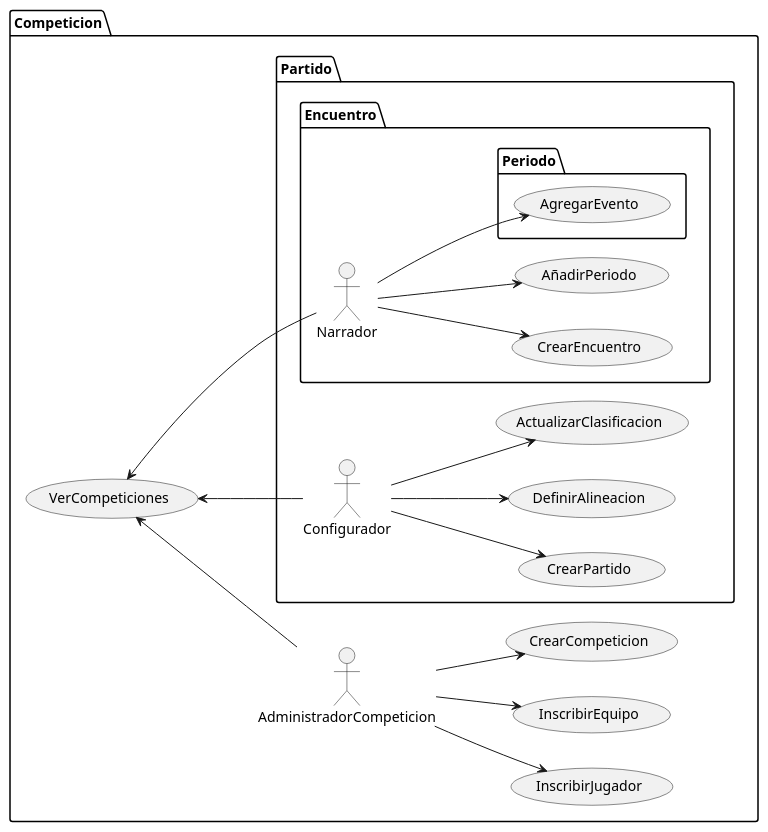
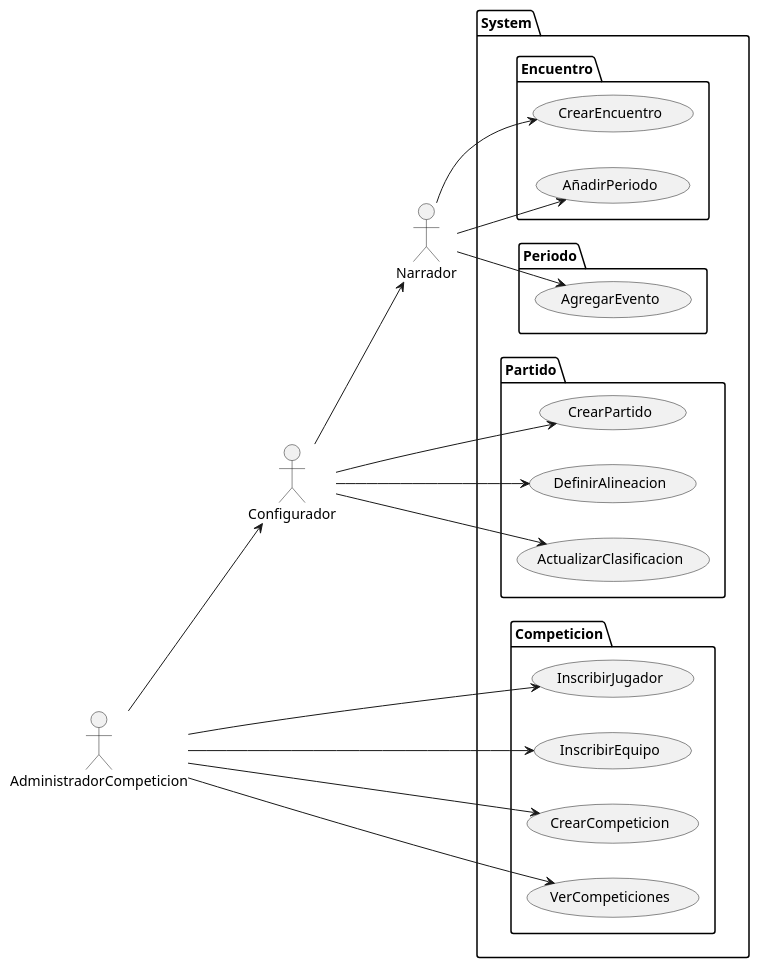
Before and after one commit to mmasias/IdSw1-22-23: the diagram in actividades/002-appFutbol/RuizJavier/CódigosUML/CasosDeUso.puml, drawn with PlantUML.

```diff
--- a/actividades/002-appFutbol/RuizJavier/CódigosUML/CasosDeUso.puml
+++ b/actividades/002-appFutbol/RuizJavier/CódigosUML/CasosDeUso.puml
@@ -1,57 +1,58 @@
 @startuml
-left to right direction
+
+left to right direction 
+
+actor Narrador
+actor Configurador
+actor AdministradorCompeticion 
+
+AdministradorCompeticion --> Configurador
+Configurador --> Narrador
+
+package System{
 
 package Competicion {
-
-	package Partido {
-
-		actor Configurador
-
-		usecase CrearPartido
-		usecase DefinirAlineacion
-		usecase ActualizarClasificacion
-
-		Configurador --> CrearPartido
-		Configurador --> DefinirAlineacion
-		Configurador --> ActualizarClasificacion
-
-
-		package Encuentro {
-
-			actor Narrador
-			usecase CrearEncuentro
-			usecase AñadirPeriodo
-
-			Narrador--> CrearEncuentro
-			Narrador--> AñadirPeriodo
-
-			package Periodo {
-		
-				useCase AgregarEvento
-
-				Narrador --> AgregarEvento
-			}
-		}
-	}
-
-	actor AdministradorCompeticion   
-
+  
 	usecase InscribirJugador
 	usecase InscribirEquipo
-    
         usecase CrearCompeticion
+        usecase VerCompeticiones
  
 	AdministradorCompeticion   --> InscribirEquipo
 	AdministradorCompeticion   --> InscribirJugador
         AdministradorCompeticion   --> CrearCompeticion
+        AdministradorCompeticion   --> VerCompeticiones
+}	
 
-        usecase VerCompeticiones
+package Partido {
 
-	AdministradorCompeticion   -u-> VerCompeticiones
-	Configurador -u-> VerCompeticiones
-	Narrador -u-> VerCompeticiones
+	usecase CrearPartido
+	usecase DefinirAlineacion
+	usecase ActualizarClasificacion
 
-}	
+	Configurador --> CrearPartido
+	Configurador --> DefinirAlineacion
+	Configurador --> ActualizarClasificacion
+	
+}
+
+package Encuentro {
+
+	usecase CrearEncuentro
+	usecase AñadirPeriodo
+
+	Narrador--> CrearEncuentro
+	Narrador--> AñadirPeriodo
+
+}
+
+package Periodo {
+		
+	useCase AgregarEvento
+
+	Narrador --> AgregarEvento
+}
+}
 
 
 @enduml
```
